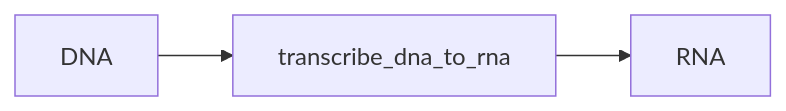
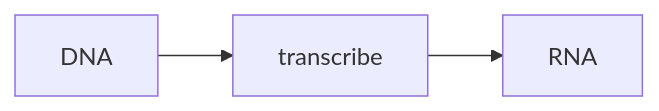
Before and after one commit to docxology/MetaInformAnt: the diagram in docs/dna/transcription.md, drawn with Mermaid. The commit also changed other lines of this file and 189 other files, not shown here.

````diff
--- a/docs/dna/transcription.md
+++ b/docs/dna/transcription.md
@@ -5,4 +5,4 @@
 ```mermaid
 flowchart LR
-  A[DNA] --> BtranscribeDnaToRna[transcribe_dna_to_rna] --> C[RNA]
+  A[DNA] --> Btranscribe[transcribe] --> C[RNA]
 ```
````
